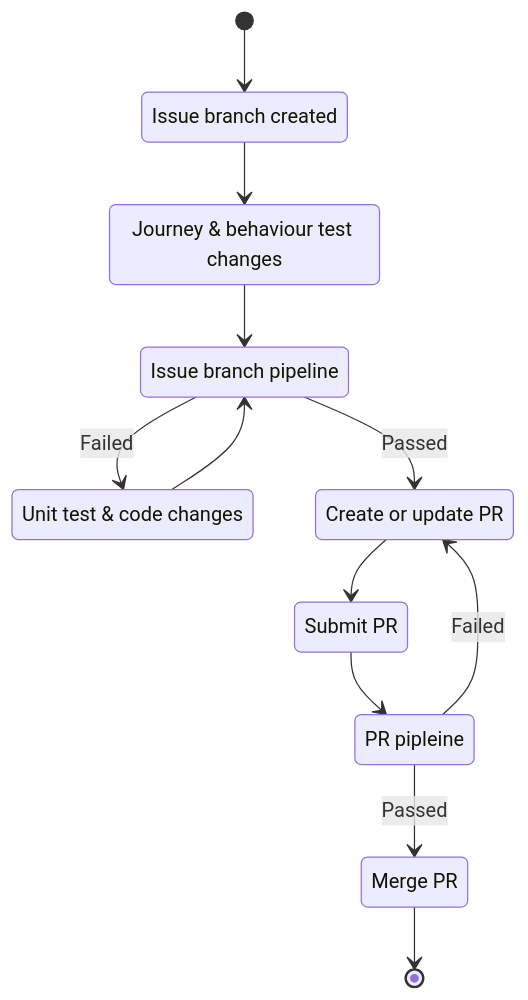
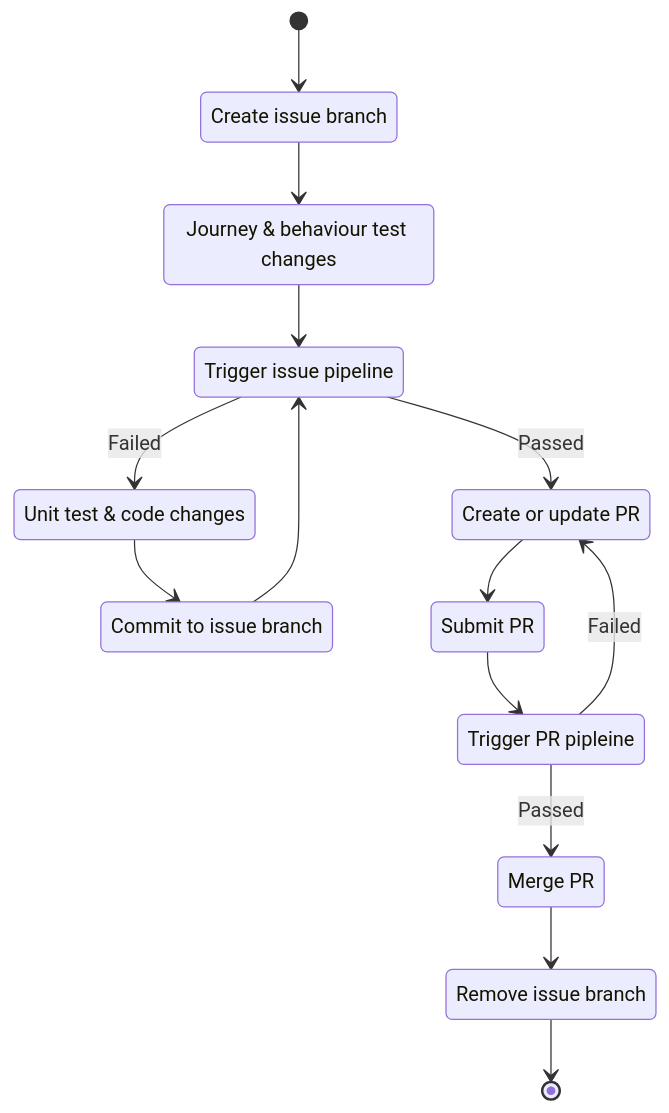
One commit to ContinuousEngineeringProject/ContinuousEngineeringProject.github.io changed the fourth of 4 diagrams in docs/factory_pipelines.md. Above: the diagram before and after it, drawn with Mermaid. The commit also changed other lines of this file, not shown here.

Commit message:
docs(pipeline): update the diagrams

````diff
--- a/docs/factory_pipelines.md
+++ b/docs/factory_pipelines.md
@@ -48,23 +50,27 @@
 ```mermaid
 stateDiagram-v2
-  s1 : Issue branch created
+  s1 : Create issue branch
   s2 : Journey & behaviour test changes
-  s3 : Issue branch pipeline
+  s3 : Trigger issue pipeline
   s4 : Unit test & code changes
+  s9 : Commit to issue branch
   s5 : Create or update PR
   s6 : Submit PR
-  s7 : PR pipleine
+  s7 : Trigger PR pipleine
   s8 : Merge PR
+  s10 : Remove issue branch
   
   [*] --> s1
   s1 --> s2
   s2 --> s3
   s3 --> s4 : Failed
-  s4 --> s3
+  s4 --> s9
+  s9 --> s3
   s3 --> s5 : Passed
   s5 --> s6
   s6 --> s7
   s7 --> s5 : Failed
   s7 --> s8 : Passed
-  s8 --> [*]
+  s8 --> s10
+  s10 --> [*]
 ```
````
